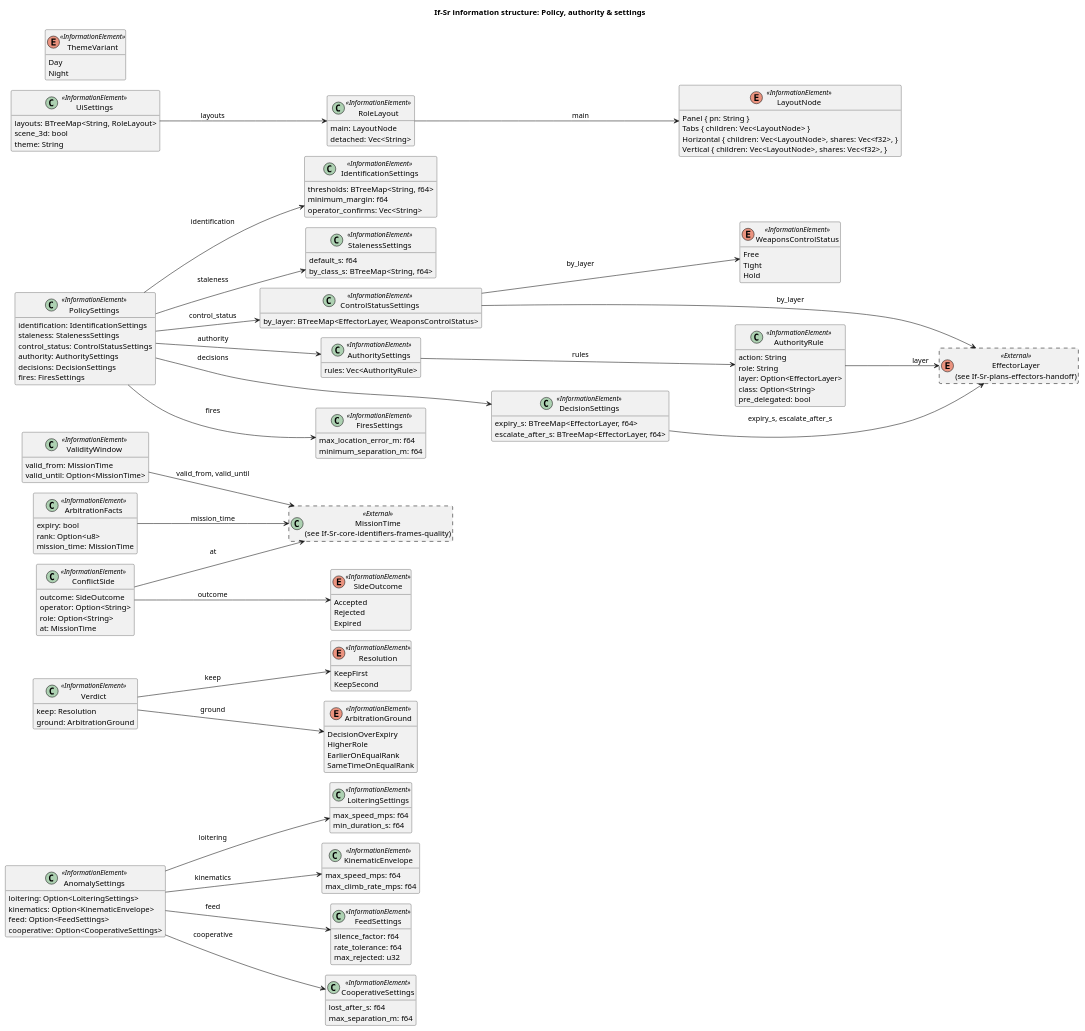
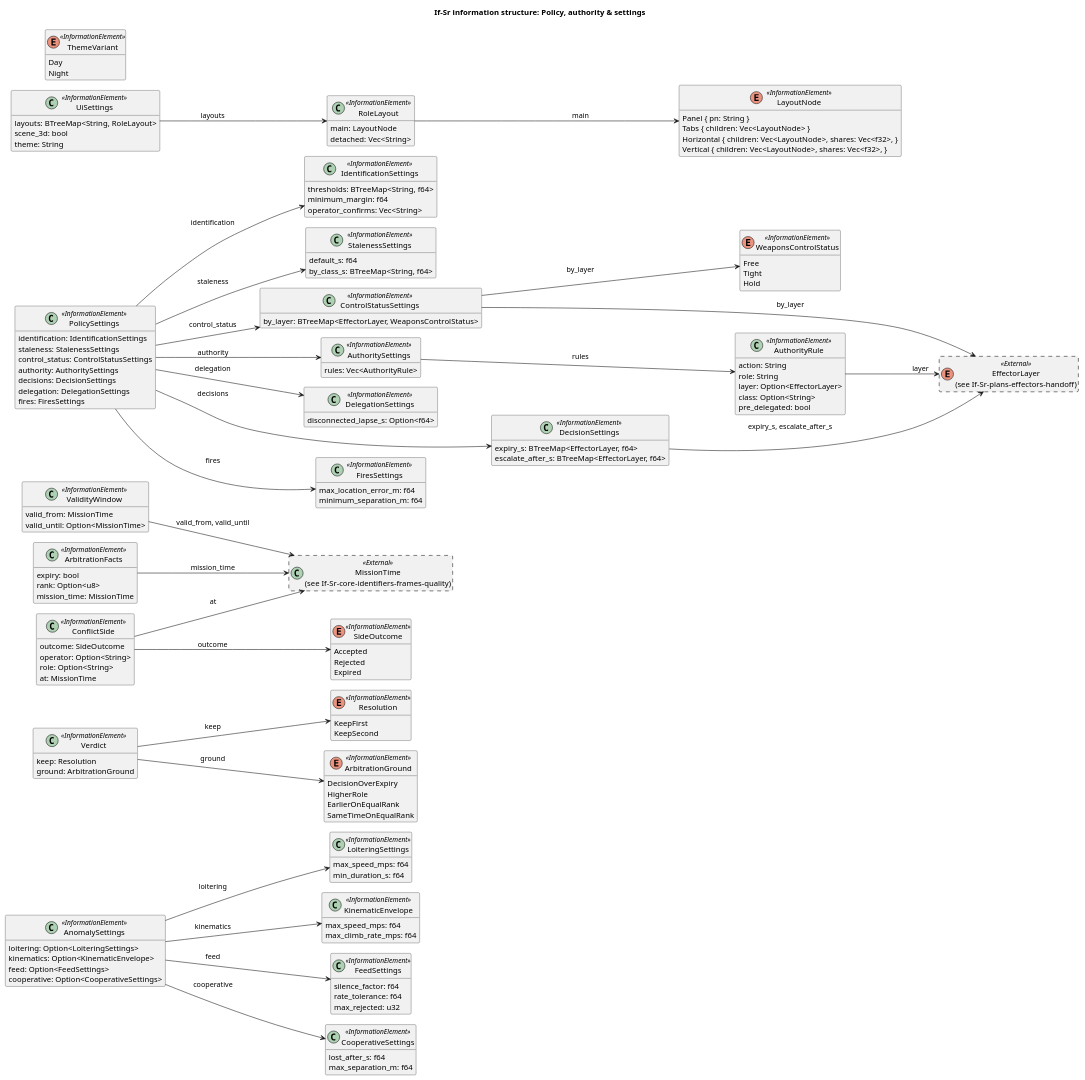
The diagram in docs/architecture/uaf/information/If-Sr-policy-authority-settings.puml (WayneRoessling/gungnir), drawn with PlantUML before and after one commit. The commit also changed 23 other files, not shown here.

```diff
--- a/docs/architecture/uaf/information/If-Sr-policy-authority-settings.puml
+++ b/docs/architecture/uaf/information/If-Sr-policy-authority-settings.puml
@@ -1,153 +1,158 @@
 @startuml If-Sr-policy-authority-settings
 title If-Sr information structure: Policy, authority & settings
 left to right direction
 !pragma layout smetana
 hide empty members
 skinparam classAttributeIconSize 0
 class "AnomalySettings" as AnomalySettings <<InformationElement>> {
   loitering: Option<LoiteringSettings>
   kinematics: Option<KinematicEnvelope>
   feed: Option<FeedSettings>
   cooperative: Option<CooperativeSettings>
 }
 class "LoiteringSettings" as LoiteringSettings <<InformationElement>> {
   max_speed_mps: f64
   min_duration_s: f64
 }
 class "KinematicEnvelope" as KinematicEnvelope <<InformationElement>> {
   max_speed_mps: f64
   max_climb_rate_mps: f64
 }
 class "FeedSettings" as FeedSettings <<InformationElement>> {
   silence_factor: f64
   rate_tolerance: f64
   max_rejected: u32
 }
 class "CooperativeSettings" as CooperativeSettings <<InformationElement>> {
   lost_after_s: f64
   max_separation_m: f64
 }
 enum "Resolution" as Resolution <<InformationElement>> {
   KeepFirst
   KeepSecond
 }
 class "ArbitrationFacts" as ArbitrationFacts <<InformationElement>> {
   expiry: bool
   rank: Option<u8>
   mission_time: MissionTime
 }
 enum "ArbitrationGround" as ArbitrationGround <<InformationElement>> {
   DecisionOverExpiry
   HigherRole
   EarlierOnEqualRank
   SameTimeOnEqualRank
 }
 class "Verdict" as Verdict <<InformationElement>> {
   keep: Resolution
   ground: ArbitrationGround
 }
 enum "SideOutcome" as SideOutcome <<InformationElement>> {
   Accepted
   Rejected
   Expired
 }
 class "ConflictSide" as ConflictSide <<InformationElement>> {
   outcome: SideOutcome
   operator: Option<String>
   role: Option<String>
   at: MissionTime
 }
 enum "WeaponsControlStatus" as WeaponsControlStatus <<InformationElement>> {
   Free
   Tight
   Hold
 }
 class "IdentificationSettings" as IdentificationSettings <<InformationElement>> {
   thresholds: BTreeMap<String, f64>
   minimum_margin: f64
   operator_confirms: Vec<String>
 }
 class "StalenessSettings" as StalenessSettings <<InformationElement>> {
   default_s: f64
   by_class_s: BTreeMap<String, f64>
 }
 class "ControlStatusSettings" as ControlStatusSettings <<InformationElement>> {
   by_layer: BTreeMap<EffectorLayer, WeaponsControlStatus>
 }
 class "AuthorityRule" as AuthorityRule <<InformationElement>> {
   action: String
   role: String
   layer: Option<EffectorLayer>
   class: Option<String>
   pre_delegated: bool
 }
 class "AuthoritySettings" as AuthoritySettings <<InformationElement>> {
   rules: Vec<AuthorityRule>
 }
+class "DelegationSettings" as DelegationSettings <<InformationElement>> {
+  disconnected_lapse_s: Option<f64>
+}
 class "DecisionSettings" as DecisionSettings <<InformationElement>> {
   expiry_s: BTreeMap<EffectorLayer, f64>
   escalate_after_s: BTreeMap<EffectorLayer, f64>
 }
 class "FiresSettings" as FiresSettings <<InformationElement>> {
   max_location_error_m: f64
   minimum_separation_m: f64
 }
 class "ValidityWindow" as ValidityWindow <<InformationElement>> {
   valid_from: MissionTime
   valid_until: Option<MissionTime>
 }
 class "PolicySettings" as PolicySettings <<InformationElement>> {
   identification: IdentificationSettings
   staleness: StalenessSettings
   control_status: ControlStatusSettings
   authority: AuthoritySettings
   decisions: DecisionSettings
+  delegation: DelegationSettings
   fires: FiresSettings
 }
 enum "LayoutNode" as LayoutNode <<InformationElement>> {
   Panel { pn: String }
   Tabs { children: Vec<LayoutNode> }
   Horizontal { children: Vec<LayoutNode>, shares: Vec<f32>, }
   Vertical { children: Vec<LayoutNode>, shares: Vec<f32>, }
 }
 class "RoleLayout" as RoleLayout <<InformationElement>> {
   main: LayoutNode
   detached: Vec<String>
 }
 class "UiSettings" as UiSettings <<InformationElement>> {
   layouts: BTreeMap<String, RoleLayout>
   scene_3d: bool
   theme: String
 }
 enum "ThemeVariant" as ThemeVariant <<InformationElement>> {
   Day
   Night
 }
 enum "EffectorLayer\n(see If-Sr-plans-effectors-handoff)" as EffectorLayer <<External>> #line.dashed {
 }
 class "MissionTime\n(see If-Sr-core-identifiers-frames-quality)" as MissionTime <<External>> #line.dashed {
 }
 AnomalySettings --> CooperativeSettings : cooperative
 AnomalySettings --> FeedSettings : feed
 AnomalySettings --> KinematicEnvelope : kinematics
 AnomalySettings --> LoiteringSettings : loitering
 ArbitrationFacts --> MissionTime : mission_time
 Verdict --> ArbitrationGround : ground
 Verdict --> Resolution : keep
 ConflictSide --> MissionTime : at
 ConflictSide --> SideOutcome : outcome
 ControlStatusSettings --> EffectorLayer : by_layer
 ControlStatusSettings --> WeaponsControlStatus : by_layer
 AuthorityRule --> EffectorLayer : layer
 AuthoritySettings --> AuthorityRule : rules
 DecisionSettings --> EffectorLayer : expiry_s, escalate_after_s
 ValidityWindow --> MissionTime : valid_from, valid_until
 PolicySettings --> AuthoritySettings : authority
 PolicySettings --> ControlStatusSettings : control_status
 PolicySettings --> DecisionSettings : decisions
+PolicySettings --> DelegationSettings : delegation
 PolicySettings --> FiresSettings : fires
 PolicySettings --> IdentificationSettings : identification
 PolicySettings --> StalenessSettings : staleness
 RoleLayout --> LayoutNode : main
 UiSettings --> RoleLayout : layouts
 @enduml
```
